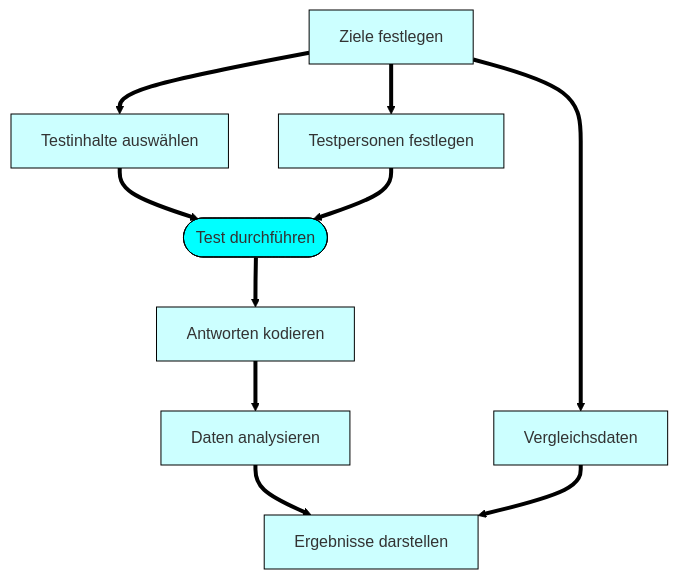
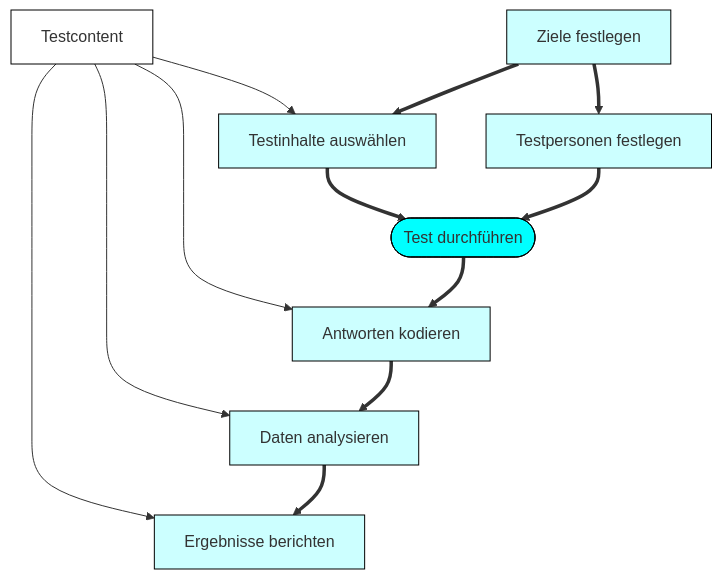
Before and after one commit to iqb-berlin/rising-stars: the first of 2 diagrams in survey/index.qmd, drawn with Mermaid. The commit also changed other lines of this file and 3 other files, not shown here.

````diff
--- a/survey/index.qmd
+++ b/survey/index.qmd
@@ -8,25 +8,28 @@
 ```{mermaid}
 flowchart TD
     classDef test fill:#0ff,stroke:black;
     classDef others fill:#cff,stroke:black;
+    classDef input fill:#fff,stroke:black;
     goals[Ziele festlegen]:::others
     sc[Testinhalte auswählen]:::others
     td[Testpersonen festlegen]:::others
     tr([Test durchführen]):::test
     cr[Antworten kodieren]:::others
     ra[Daten analysieren]:::others
-    cd[Vergleichsdaten]:::others
-    fb[Ergebnisse darstellen]:::others
+    fb[Ergebnisse berichten]:::others
+    Testcontent:::input
 
+    Testcontent --> sc
     goals ==> sc
     goals ==> td
     sc ==> tr
     td ==> tr
+    Testcontent --> cr
     tr ==> cr
+    Testcontent --> ra
     cr ==> ra
+    Testcontent --> fb
     ra ==> fb
-    goals ==> cd
-    cd ==> fb
-    linkStyle 0,1,2,3,4,5,6,7,8 stroke:black,stroke-width:4px;
+    linkStyle 0,5,7,9 stroke-width:1px;
 
 ```
````
